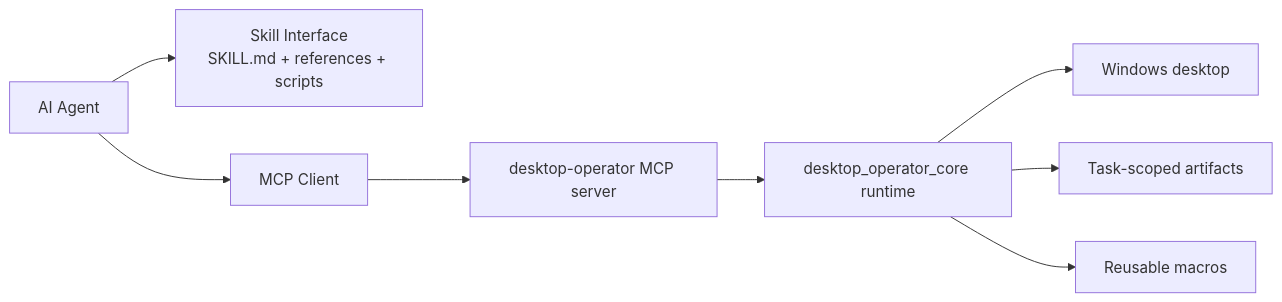
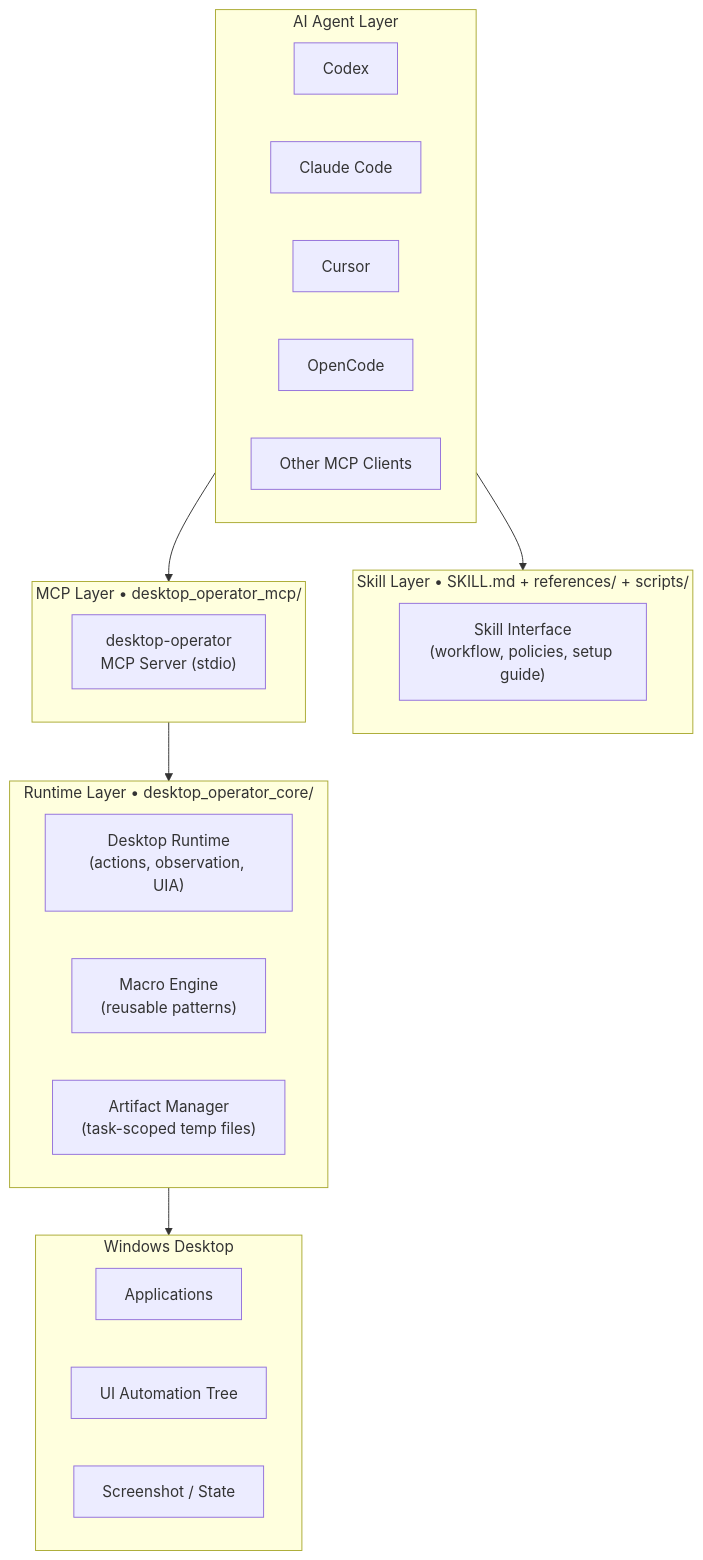
The diagram in README.md (Marways7/cua_desktop_operator_skill), drawn with Mermaid before and after one commit. The commit also changed other lines of this file and 4 other files, not shown here.

````diff
--- a/README.md
+++ b/README.md
@@ -119,10 +145,35 @@
 ```mermaid
-flowchart LR
-    A["AI Agent"] --> B["Skill Interface<br/>SKILL.md + references + scripts"]
-    A --> C["MCP Client"]
-    C --> D["desktop-operator MCP server"]
-    D --> E["desktop_operator_core runtime"]
-    E --> F["Windows desktop"]
-    E --> G["Task-scoped artifacts"]
-    E --> H["Reusable macros"]
+flowchart TB
+    subgraph Agents["AI Agent Layer"]
+        A1["Codex"]
+        A2["Claude Code"]
+        A3["Cursor"]
+        A4["OpenCode"]
+        A5["Other MCP Clients"]
+    end
+
+    subgraph Skill["Skill Layer  •  SKILL.md + references/ + scripts/"]
+        B["Skill Interface\n(workflow, policies, setup guide)"]
+    end
+
+    subgraph MCP["MCP Layer  •  desktop_operator_mcp/"]
+        C["desktop-operator\nMCP Server (stdio)"]
+    end
+
+    subgraph Runtime["Runtime Layer  •  desktop_operator_core/"]
+        D["Desktop Runtime\n(actions, observation, UIA)"]
+        E["Macro Engine\n(reusable patterns)"]
+        F["Artifact Manager\n(task-scoped temp files)"]
+    end
+
+    subgraph OS["Windows Desktop"]
+        G["Applications"]
+        H["UI Automation Tree"]
+        I["Screenshot / State"]
+    end
+
+    Agents --> Skill
+    Agents --> MCP
+    MCP --> Runtime
+    Runtime --> OS
 ```
````
